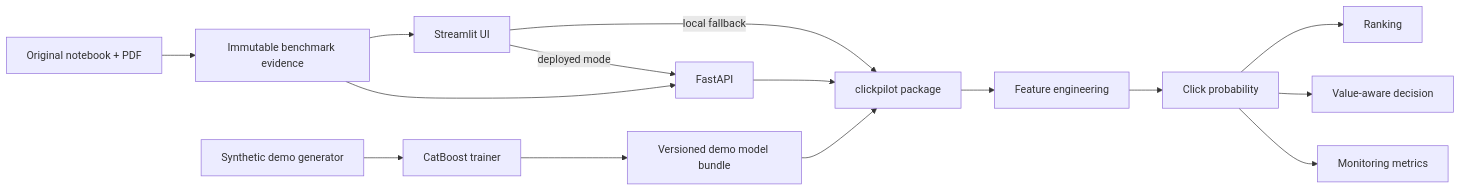
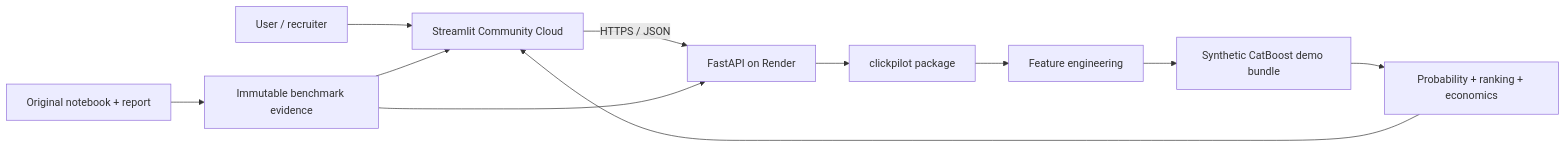
Before and after one commit to mohit231007/ClickPilot_AI: the diagram in README.md, drawn with Mermaid. The commit also changed other lines of this file, not shown here.

Commit message:
Promote ClickPilot live app and API in portfolio README

````diff
--- a/README.md
+++ b/README.md
@@ -99,17 +86,13 @@
 ```mermaid
 flowchart LR
-    A[Streamlit UI] -->|deployed mode| C[FastAPI]
-    A -->|local fallback| B[clickpilot package]
-    C --> B
-    D[Synthetic demo generator] --> E[CatBoost trainer]
-    E --> F[Versioned demo model bundle]
-    F --> B
-    B --> G[Feature engineering]
-    G --> H[Click probability]
-    H --> I[Ranking]
-    H --> J[Value-aware decision]
-    H --> K[Monitoring metrics]
-    L[Original notebook + PDF] --> M[Immutable benchmark evidence]
-    M --> A
-    M --> C
+    U[User / recruiter] --> S[Streamlit Community Cloud]
+    S -->|HTTPS / JSON| A[FastAPI on Render]
+    A --> P[clickpilot package]
+    P --> F[Feature engineering]
+    F --> M[Synthetic CatBoost demo bundle]
+    M --> R[Probability + ranking + economics]
+    R --> S
+    N[Original notebook + report] --> E[Immutable benchmark evidence]
+    E --> S
+    E --> A
 ```
````
